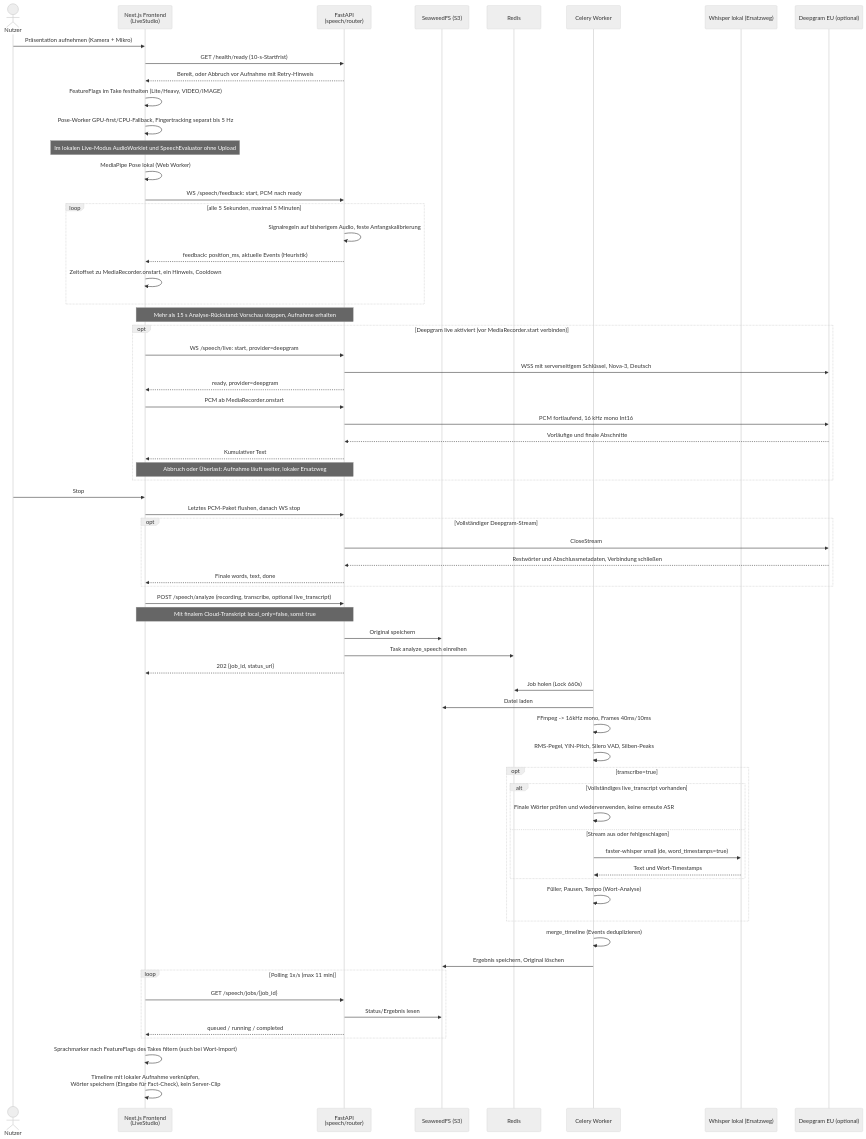
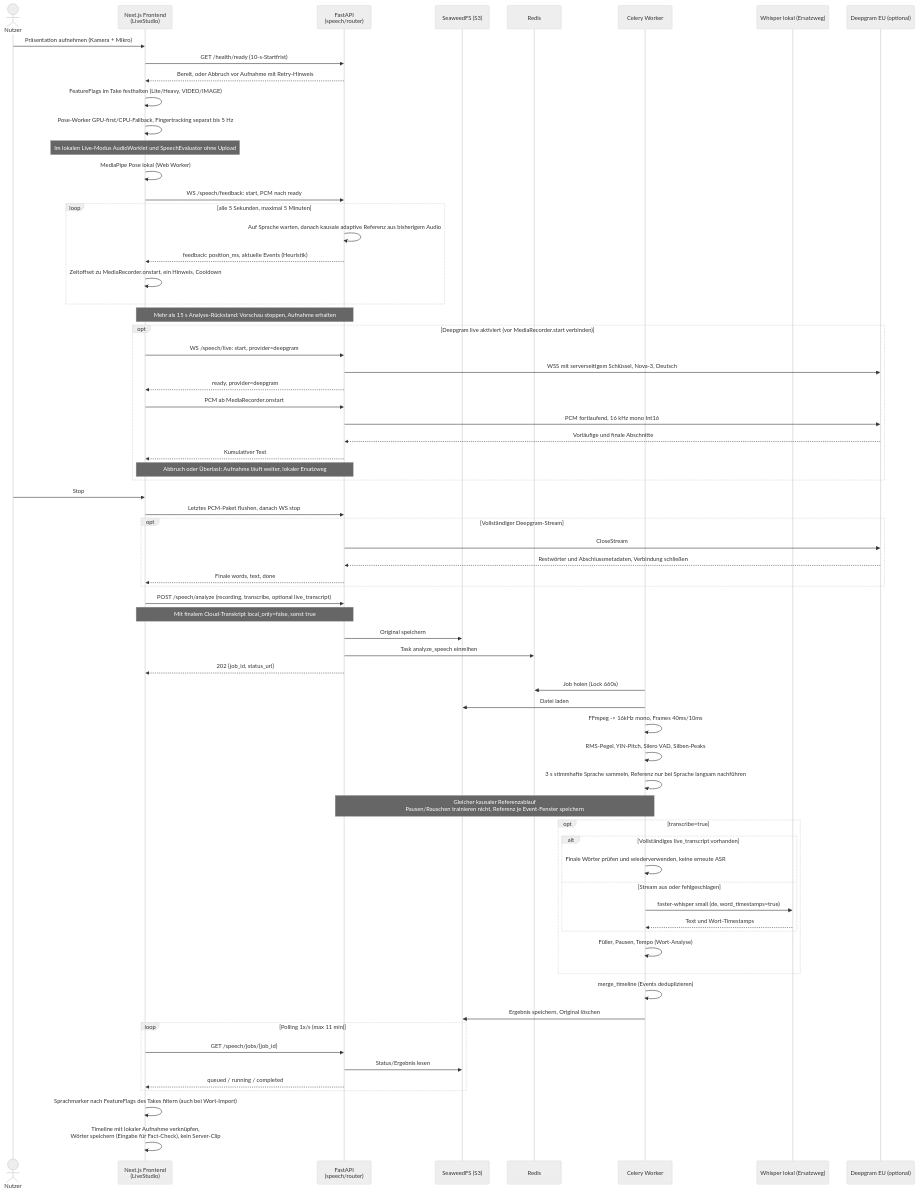
The third of 12 diagrams in docs/03-architecture.md (johannes3502/hackathon-fulda), drawn with Mermaid (neutral theme) before and after one commit. The commit also changed other lines of this file and 28 other files, not shown here.

````diff
--- a/docs/03-architecture.md
+++ b/docs/03-architecture.md
@@ -159,73 +159,75 @@
 ```mermaid
 sequenceDiagram
     actor U as Nutzer
     participant FE as Next.js Frontend<br/>(LiveStudio)
     participant BE as FastAPI<br/>(speech/router)
     participant S3 as SeaweedFS (S3)
     participant R as Redis
     participant W as Celery Worker
     participant ASR as Whisper lokal (Ersatzweg)
     participant DG as Deepgram EU (optional)
 
     U->>FE: Präsentation aufnehmen (Kamera + Mikro)
     FE->>BE: GET /health/ready (10-s-Startfrist)
     BE-->>FE: Bereit, oder Abbruch vor Aufnahme mit Retry-Hinweis
     FE->>FE: FeatureFlags im Take festhalten (Lite/Heavy, VIDEO/IMAGE)
     FE->>FE: Pose-Worker GPU-first/CPU-Fallback, Fingertracking separat bis 5 Hz
     Note over FE: Im lokalen Live-Modus AudioWorklet und SpeechEvaluator ohne Upload
 
     FE->>FE: MediaPipe Pose lokal (Web Worker)
     FE->>BE: WS /speech/feedback: start, PCM nach ready
     loop alle 5 Sekunden, maximal 5 Minuten
-        BE->>BE: Signalregeln auf bisherigem Audio, feste Anfangskalibrierung
+        BE->>BE: Auf Sprache warten, danach kausale adaptive Referenz aus bisherigem Audio
         BE-->>FE: feedback: position_ms, aktuelle Events (Heuristik)
         FE->>FE: Zeitoffset zu MediaRecorder.onstart, ein Hinweis, Cooldown
     end
     Note over FE,BE: Mehr als 15 s Analyse-Rückstand: Vorschau stoppen, Aufnahme erhalten
     opt Deepgram live aktiviert (vor MediaRecorder.start verbinden)
         FE->>BE: WS /speech/live: start, provider=deepgram
         BE->>DG: WSS mit serverseitigem Schlüssel, Nova-3, Deutsch
         BE-->>FE: ready, provider=deepgram
         FE->>BE: PCM ab MediaRecorder.onstart
         BE->>DG: PCM fortlaufend, 16 kHz mono Int16
         DG-->>BE: Vorläufige und finale Abschnitte
         BE-->>FE: Kumulativer Text
         Note over FE,BE: Abbruch oder Überlast: Aufnahme läuft weiter, lokaler Ersatzweg
     end
     U->>FE: Stop
     FE->>BE: Letztes PCM-Paket flushen, danach WS stop
     opt Vollständiger Deepgram-Stream
         BE->>DG: CloseStream
         DG-->>BE: Restwörter und Abschlussmetadaten, Verbindung schließen
         BE-->>FE: Finale words, text, done
     end
     FE->>BE: POST /speech/analyze (recording, transcribe, optional live_transcript)
     Note over FE,BE: Mit finalem Cloud-Transkript local_only=false, sonst true
     BE->>S3: Original speichern
     BE->>R: Task analyze_speech einreihen
     BE-->>FE: 202 {job_id, status_url}
 
     W->>R: Job holen (Lock 660s)
     W->>S3: Datei laden
     W->>W: FFmpeg -> 16kHz mono, Frames 40ms/10ms
     W->>W: RMS-Pegel, YIN-Pitch, Silero VAD, Silben-Peaks
+    W->>W: 3 s stimmhafte Sprache sammeln, Referenz nur bei Sprache langsam nachführen
+    Note over BE,W: Gleicher kausaler Referenzablauf<br/>Pausen/Rauschen trainieren nicht, Referenz je Event-Fenster speichern
     opt transcribe=true
         alt Vollständiges live_transcript vorhanden
             W->>W: Finale Wörter prüfen und wiederverwenden, keine erneute ASR
         else Stream aus oder fehlgeschlagen
             W->>ASR: faster-whisper small (de, word_timestamps=true)
             ASR-->>W: Text und Wort-Timestamps
         end
         W->>W: Füller, Pausen, Tempo (Wort-Analyse)
     end
     W->>W: merge_timeline (Events deduplizieren)
     W->>S3: Ergebnis speichern, Original löschen
 
     loop Polling 1x/s (max 11 min)
         FE->>BE: GET /speech/jobs/{job_id}
         BE->>S3: Status/Ergebnis lesen
         BE-->>FE: queued / running / completed
     end
     FE->>FE: Sprachmarker nach FeatureFlags des Takes filtern (auch bei Wort-Import)
     FE->>FE: Timeline mit lokaler Aufnahme verknüpfen,<br/>Wörter speichern (Eingabe für Fact-Check), kein Server-Clip
 ```
````
